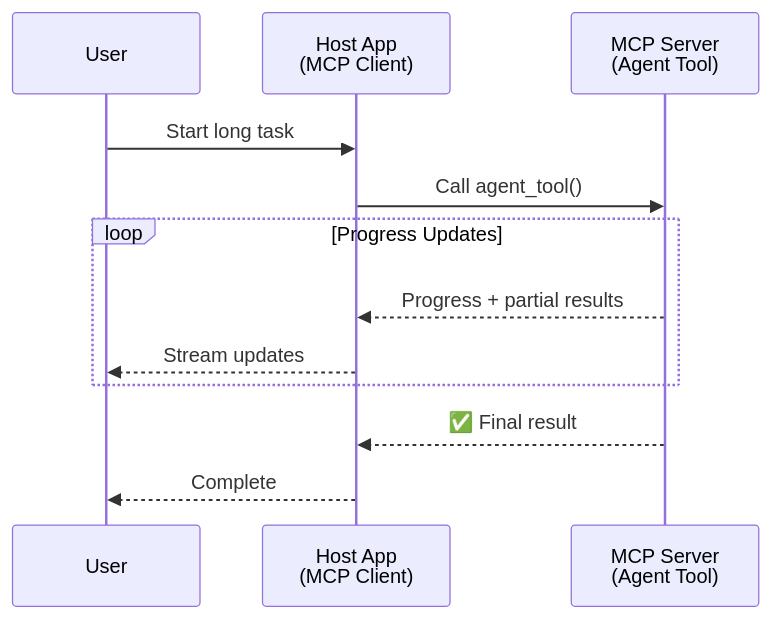
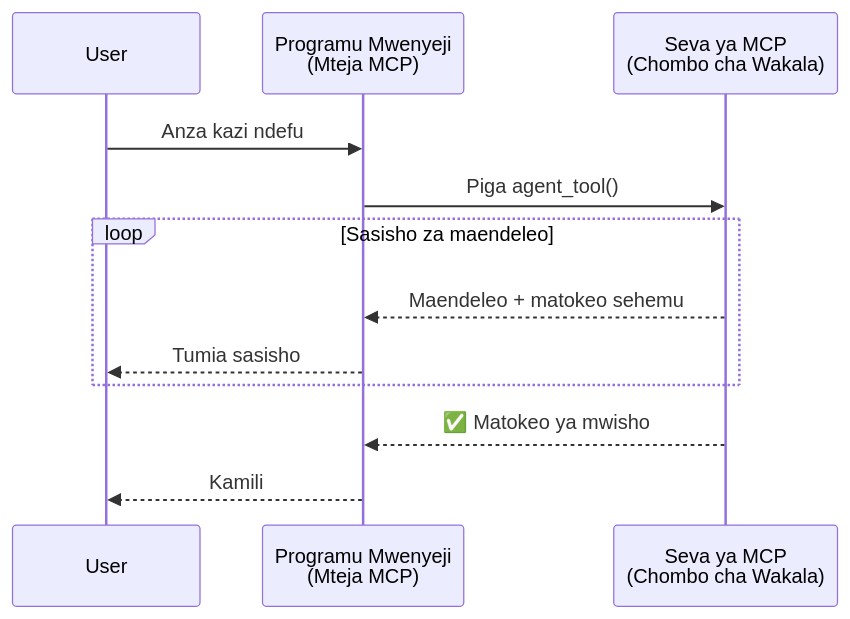
Before and after one commit to microsoft/ai-agents-for-beginners: the first of 5 diagrams in translations/sw/11-agentic-protocols/code_samples/mcp-agents/README.md, drawn with Mermaid. The commit also changed other lines of this file and 222 other files, not shown here.

````diff
--- a/translations/sw/11-agentic-protocols/code_samples/mcp-agents/README.md
+++ b/translations/sw/11-agentic-protocols/code_samples/mcp-agents/README.md
@@ -46,17 +46,17 @@
 ```mermaid
 sequenceDiagram
     participant User
-    participant Host as Host App<br/>(MCP Client)
-    participant Server as MCP Server<br/>(Agent Tool)
+    participant Host as Programu Mwenyeji<br/>(Mteja MCP)
+    participant Server as Seva ya MCP<br/>(Chombo cha Wakala)
 
-    User->>Host: Start long task
-    Host->>Server: Call agent_tool()
+    User->>Host: Anza kazi ndefu
+    Host->>Server: Piga agent_tool()
 
-    loop Progress Updates
-        Server-->>Host: Progress + partial results
-        Host-->>User: Stream updates
+    loop Sasisho za maendeleo
+        Server-->>Host: Maendeleo + matokeo sehemu
+        Host-->>User: Tumia sasisho
     end
 
-    Server-->>Host: ✅ Final result
-    Host-->>User: Complete
+    Server-->>Host: ✅ Matokeo ya mwisho
+    Host-->>User: Kamili
 ```
````
